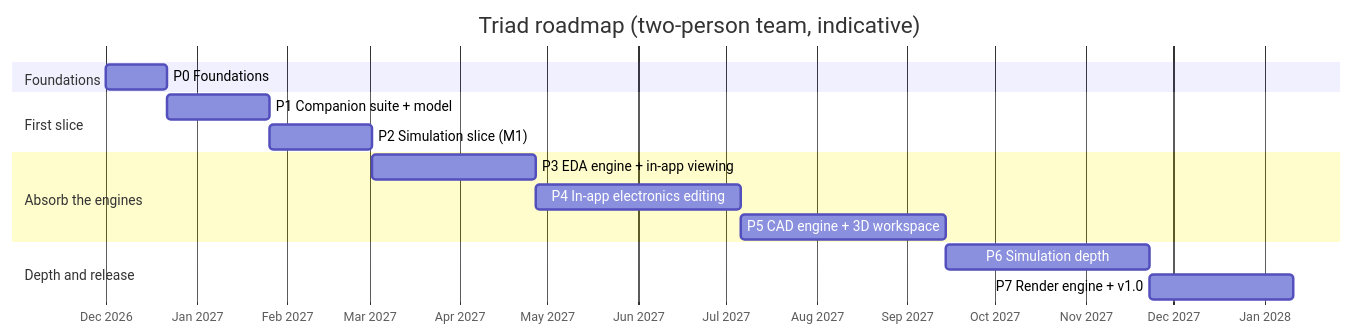
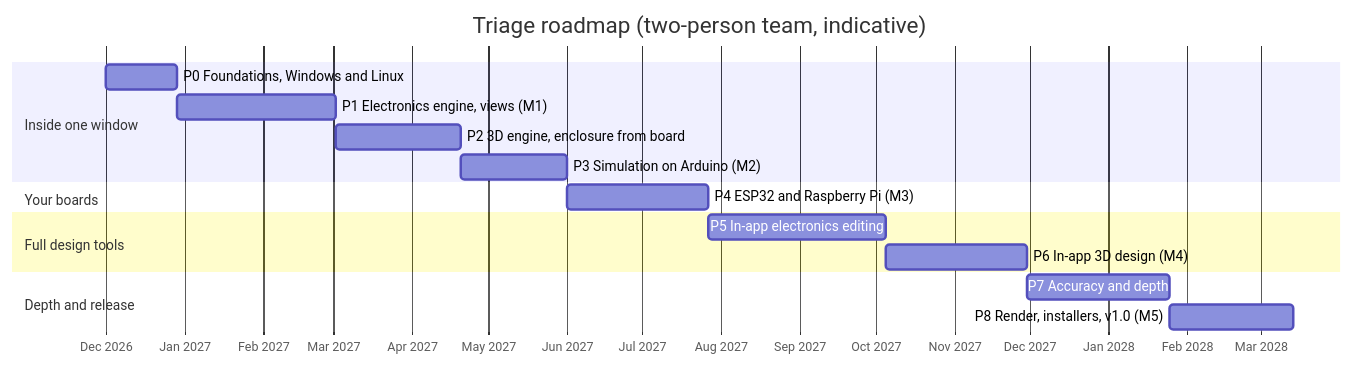
One commit to NoboIshraque/triage changed the diagram in docs/ROADMAP.md. Above: the diagram before and after it, drawn with Mermaid. The commit also changed other lines of this file and 15 other files, not shown here.

First line of the commit message:
docs: apply the owner's answers: Triage, one window, boards, Windows

````diff
--- a/docs/ROADMAP.md
+++ b/docs/ROADMAP.md
@@ -12,18 +15,19 @@
 ```mermaid
 gantt
-  title Triad roadmap (two-person team, indicative)
+  title Triage roadmap (two-person team, indicative)
   dateFormat YYYY-MM-DD
   axisFormat %b %Y
-  section Foundations
-  P0 Foundations                 :p0, 2026-12-01, 3w
-  section First slice
-  P1 Companion suite + model     :p1, after p0, 5w
-  P2 Simulation slice (M1)       :p2, after p1, 5w
-  section Absorb the engines
-  P3 EDA engine + in-app viewing :p3, after p2, 8w
-  P4 In-app electronics editing  :p4, after p3, 10w
-  P5 CAD engine + 3D workspace   :p5, after p4, 10w
+  section Inside one window
+  P0 Foundations, Windows and Linux   :p0, 2026-12-01, 4w
+  P1 Electronics engine, views (M1)   :p1, after p0, 9w
+  P2 3D engine, enclosure from board  :p2, after p1, 7w
+  P3 Simulation on Arduino (M2)       :p3, after p2, 6w
+  section Your boards
+  P4 ESP32 and Raspberry Pi (M3)      :p4, after p3, 8w
+  section Full design tools
+  P5 In-app electronics editing       :p5, after p4, 10w
+  P6 In-app 3D design (M4)            :p6, after p5, 8w
   section Depth and release
-  P6 Simulation depth            :p6, after p5, 10w
-  P7 Render engine + v1.0        :p7, after p6, 7w
+  P7 Accuracy and depth               :p7, after p6, 8w
+  P8 Render, installers, v1.0 (M5)    :p8, after p7, 7w
 ```
````
